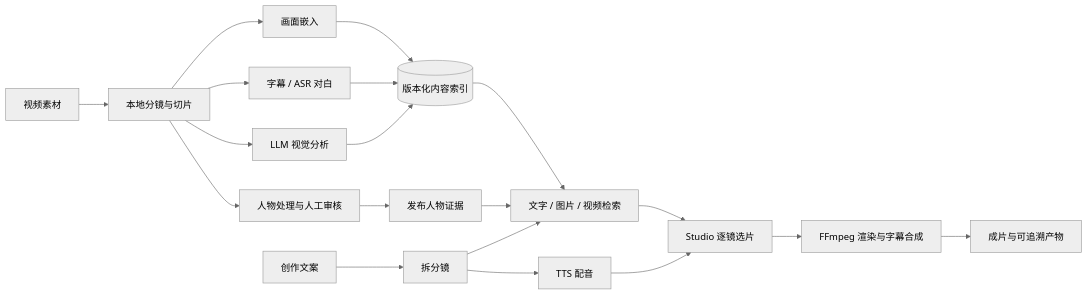
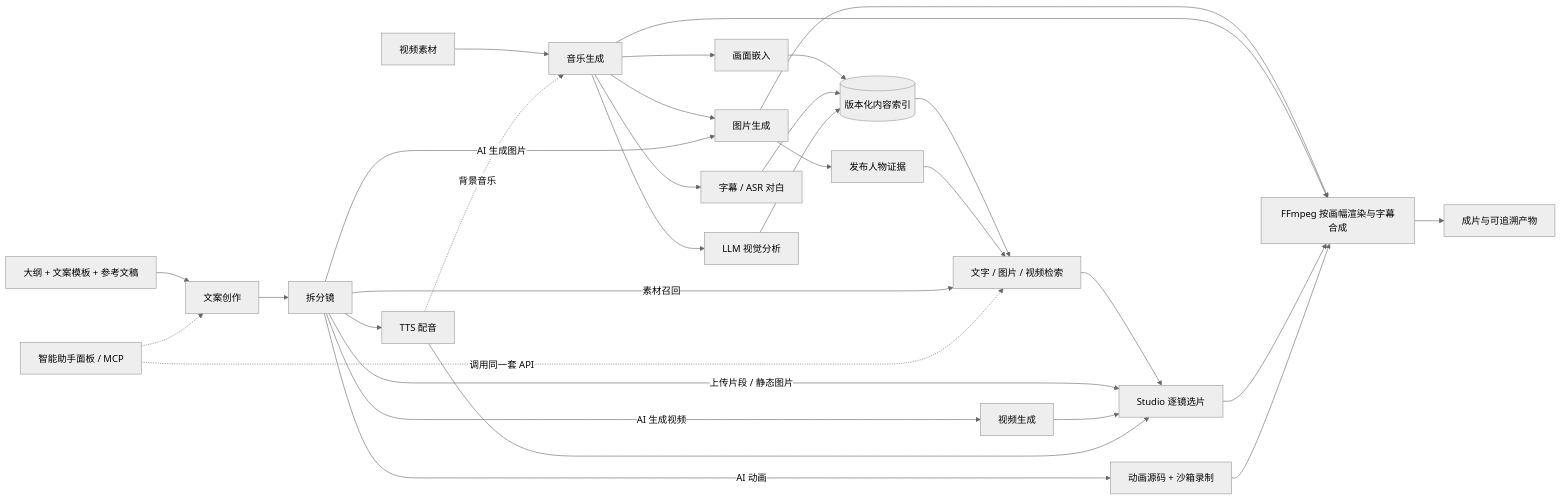
Before and after one commit to xfork24/mindex: the diagram in README.md, drawn with Mermaid (neutral theme). The commit also changed other lines of this file and 334 other files, not shown here.

````diff
--- a/README.md
+++ b/README.md
@@ -261,21 +266,33 @@
 ```mermaid
 flowchart LR
     A[视频素材] --> B[本地分镜与切片]
     B --> C[画面嵌入]
     B --> D[字幕 / ASR 对白]
     B --> E[LLM 视觉分析]
     C --> F[(版本化内容索引)]
     D --> F
     E --> F
     B --> P[人物处理与人工审核]
     P --> Q[发布人物证据]
     F --> G[文字 / 图片 / 视频检索]
     Q --> G
     G --> H[Studio 逐镜选片]
-    I[创作文案] --> J[拆分镜]
-    J --> G
+    T[大纲 + 文案模板 + 参考文稿] --> I[文案创作]
+    I --> J[拆分镜]
+    J -->|素材召回| G
+    J -->|上传片段 / 静态图片| H
+    J -->|AI 生成图片| P[图片生成]
+    P --> L
+    J -->|AI 生成视频| V[视频生成]
+    J -->|AI 动画| N[动画源码 + 沙箱录制]
+    V --> H
     J --> K[TTS 配音]
     K --> H
-    H --> L[FFmpeg 渲染与字幕合成]
+    K -.背景音乐.-> B[音乐生成]
+    B --> L
+    H --> L[FFmpeg 按画幅渲染与字幕合成]
+    N --> L
     L --> M[成片与可追溯产物]
+    X[智能助手面板 / MCP] -.调用同一套 API.-> G
+    X -.-> I
 ```
````
